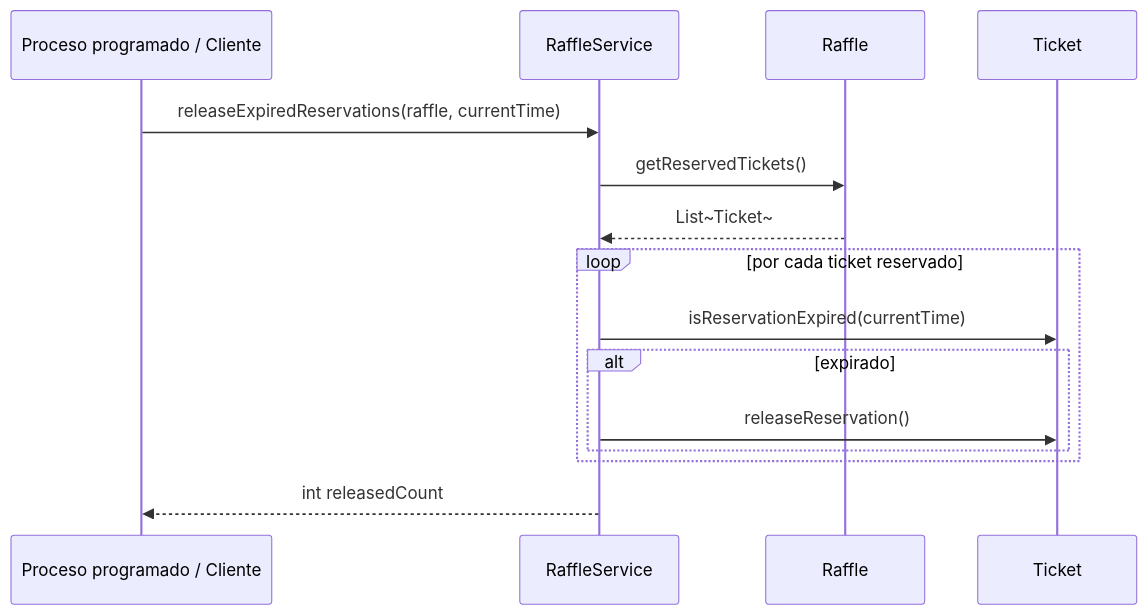
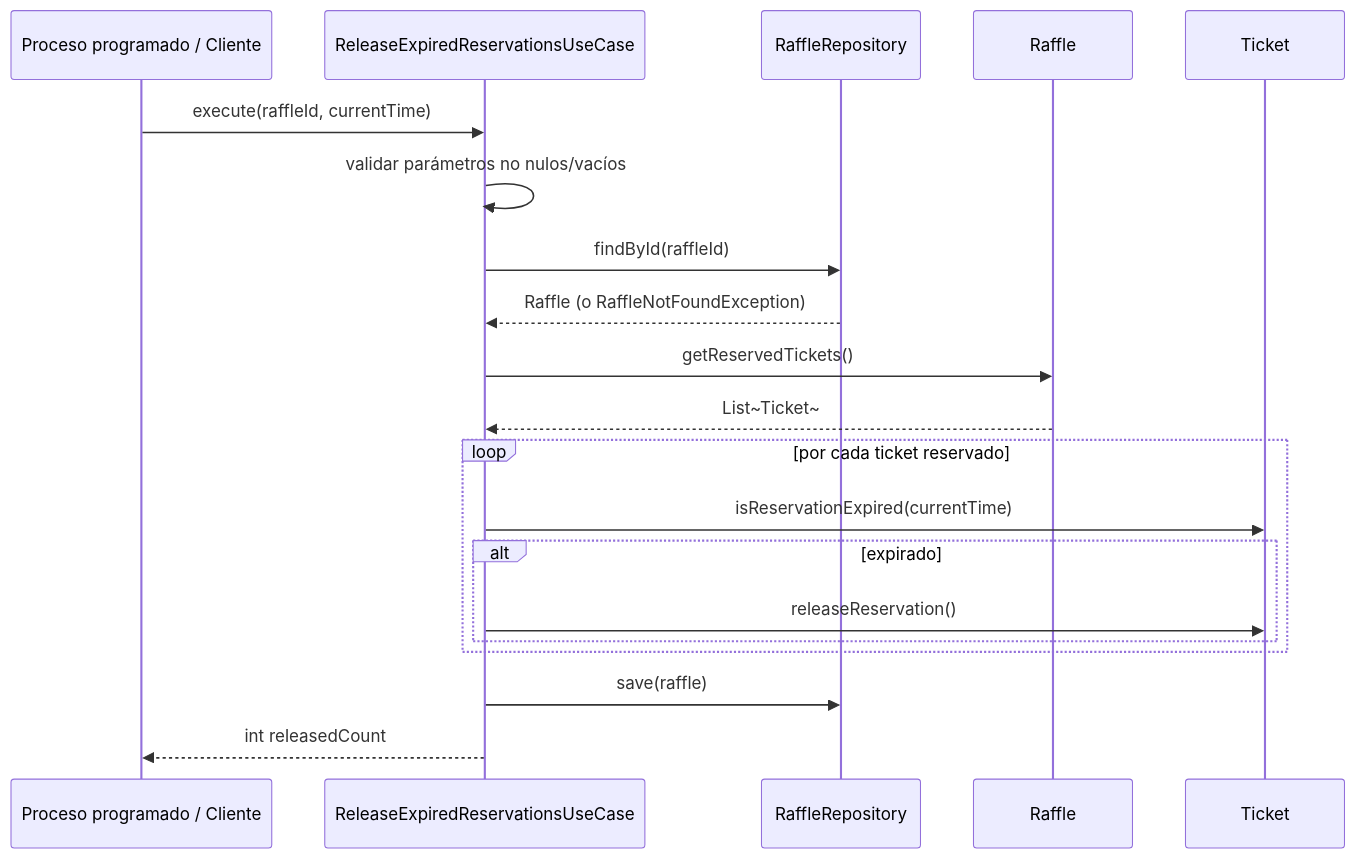
Before and after one commit to D-Araya/ClickTuCasa: the eighth of 9 diagrams in README.md, drawn with Mermaid. The commit also changed other lines of this file and 48 other files, not shown here.

````diff
--- a/README.md
+++ b/README.md
@@ -396,18 +623,23 @@
 ```mermaid
 sequenceDiagram
     participant Job as Proceso programado / Cliente
-    participant RS as RaffleService
+    participant UC as ReleaseExpiredReservationsUseCase
+    participant Repo as RaffleRepository
     participant R as Raffle
     participant T as Ticket
 
-    Job->>RS: releaseExpiredReservations(raffle, currentTime)
-    RS->>R: getReservedTickets()
-    R-->>RS: List~Ticket~
+    Job->>UC: execute(raffleId, currentTime)
+    UC->>UC: validar parámetros no nulos/vacíos
+    UC->>Repo: findById(raffleId)
+    Repo-->>UC: Raffle (o RaffleNotFoundException)
+    UC->>R: getReservedTickets()
+    R-->>UC: List~Ticket~
     loop por cada ticket reservado
-        RS->>T: isReservationExpired(currentTime)
+        UC->>T: isReservationExpired(currentTime)
         alt expirado
-            RS->>T: releaseReservation()
+            UC->>T: releaseReservation()
         end
     end
-    RS-->>Job: int releasedCount
+    UC->>Repo: save(raffle)
+    UC-->>Job: int releasedCount
 ```
````
